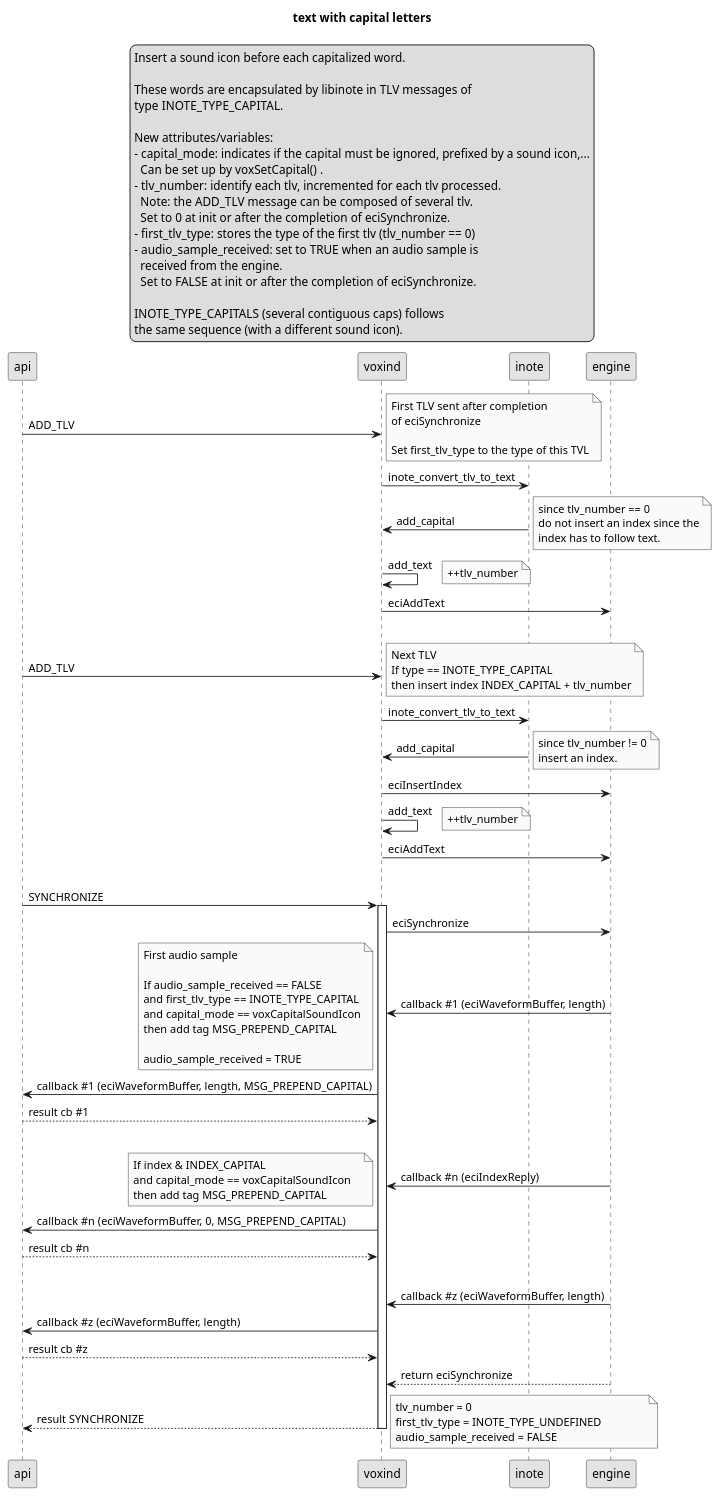
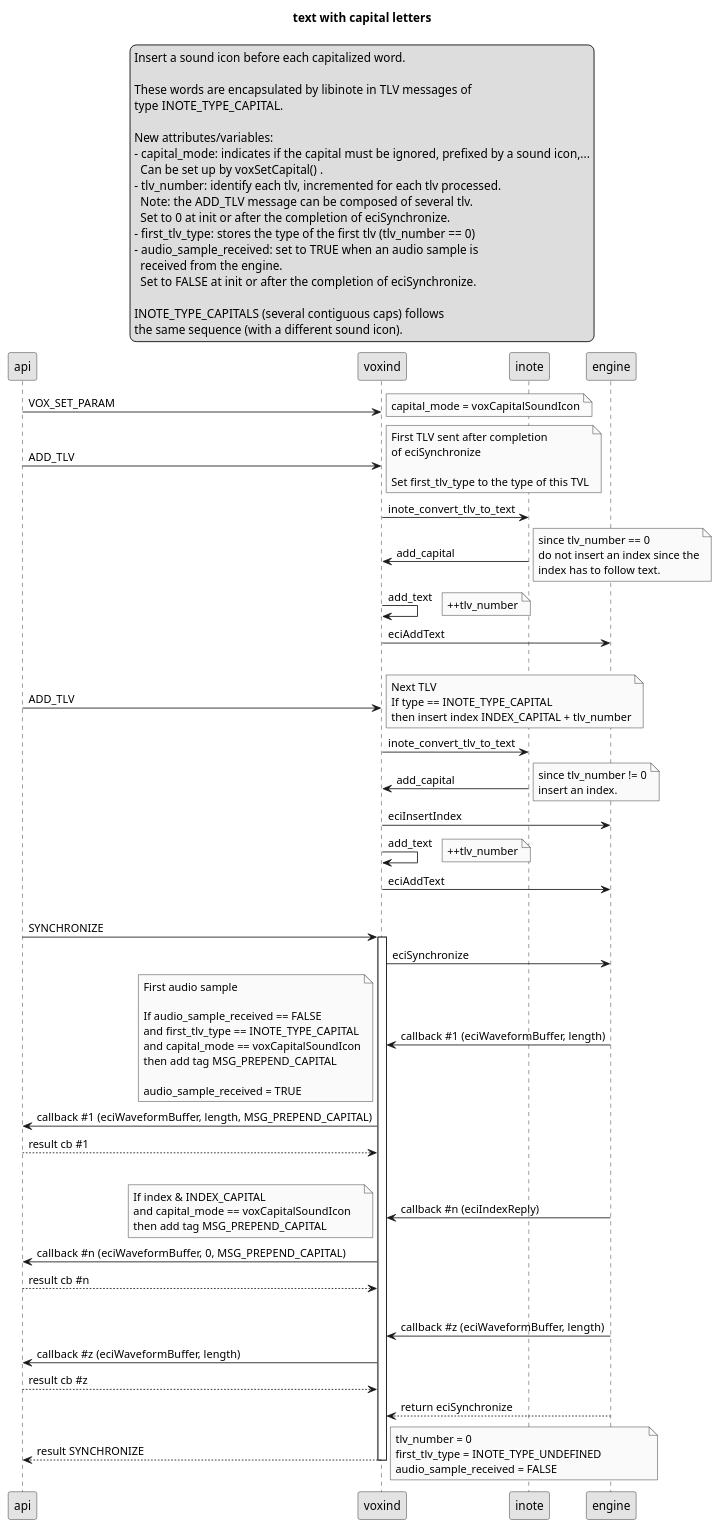
Before and after one commit to Oralux/libvoxin: the diagram in doc/capital_letter.puml, drawn with PlantUML. The commit also changed 4 other files, not shown here.

```diff
--- a/doc/capital_letter.puml
+++ b/doc/capital_letter.puml
@@ -1,101 +1,105 @@
 @startuml
 title text with capital letters
 skinparam monochrome true
 legend top
 	Insert a sound icon before each capitalized word.
 
 	These words are encapsulated by libinote in TLV messages of
 	type INOTE_TYPE_CAPITAL.
 	
 	New attributes/variables:
 	- capital_mode: indicates if the capital must be ignored, prefixed by a sound icon,...
 	  Can be set up by voxSetCapital() .
 	- tlv_number: identify each tlv, incremented for each tlv processed.
 	  Note: the ADD_TLV message can be composed of several tlv.
 	  Set to 0 at init or after the completion of eciSynchronize.
 	- first_tlv_type: stores the type of the first tlv (tlv_number == 0)
 	- audio_sample_received: set to TRUE when an audio sample is
 	  received from the engine.
 	  Set to FALSE at init or after the completion of eciSynchronize.
 
 	INOTE_TYPE_CAPITALS (several contiguous caps) follows
 	the same sequence (with a different sound icon).
 end legend
+api -> voxind : VOX_SET_PARAM
+note right
+	capital_mode = voxCapitalSoundIcon
+end note
 api -> voxind : ADD_TLV
 note right
 	First TLV sent after completion
 	of eciSynchronize
 			
 	Set first_tlv_type to the type of this TVL
 end note
 voxind -> inote : inote_convert_tlv_to_text
 inote -> voxind : add_capital
 note right
 	since tlv_number == 0
 	do not insert an index since the
 	index has to follow text.
 end note	
 voxind -> voxind : add_text
 note right
 	++tlv_number
 end note	
 voxind -> engine : eciAddText
 |||
 api -> voxind : ADD_TLV
 note right
 	Next TLV
 	If type == INOTE_TYPE_CAPITAL
 	then insert index INDEX_CAPITAL + tlv_number
 end note
 voxind -> inote : inote_convert_tlv_to_text
 inote -> voxind : add_capital
 note right
 	since tlv_number != 0
 	insert an index.
 end note	
 voxind -> engine : eciInsertIndex
 voxind -> voxind : add_text
 note right
 	++tlv_number
 end note	
 voxind -> engine : eciAddText
 |||
 api -> voxind : SYNCHRONIZE
 activate voxind
 voxind -> engine : eciSynchronize
 engine -> voxind : callback #1 (eciWaveformBuffer, length)
 note left
 	First audio sample
 
 	If audio_sample_received == FALSE
 	and first_tlv_type == INOTE_TYPE_CAPITAL
 	and capital_mode == voxCapitalSoundIcon
 	then add tag MSG_PREPEND_CAPITAL
 
 	audio_sample_received = TRUE
 end note
 voxind -> api : callback #1 (eciWaveformBuffer, length, MSG_PREPEND_CAPITAL)
 api --> voxind : result cb #1
 |||
 engine -> voxind: callback #n (eciIndexReply)
 note left
 	If index & INDEX_CAPITAL
 	and capital_mode == voxCapitalSoundIcon	
 	then add tag MSG_PREPEND_CAPITAL
 end note
 voxind -> api : callback #n (eciWaveformBuffer, 0, MSG_PREPEND_CAPITAL)
 api --> voxind : result cb #n
 |||
 engine -> voxind : callback #z (eciWaveformBuffer, length)
 voxind -> api : callback #z (eciWaveformBuffer, length)
 api --> voxind : result cb #z
 
 engine --> voxind : return eciSynchronize
 voxind --> api : result SYNCHRONIZE
 note right
 	tlv_number = 0
 	first_tlv_type = INOTE_TYPE_UNDEFINED		
 	audio_sample_received = FALSE
 end note
 deactivate voxind
 @enduml
```
